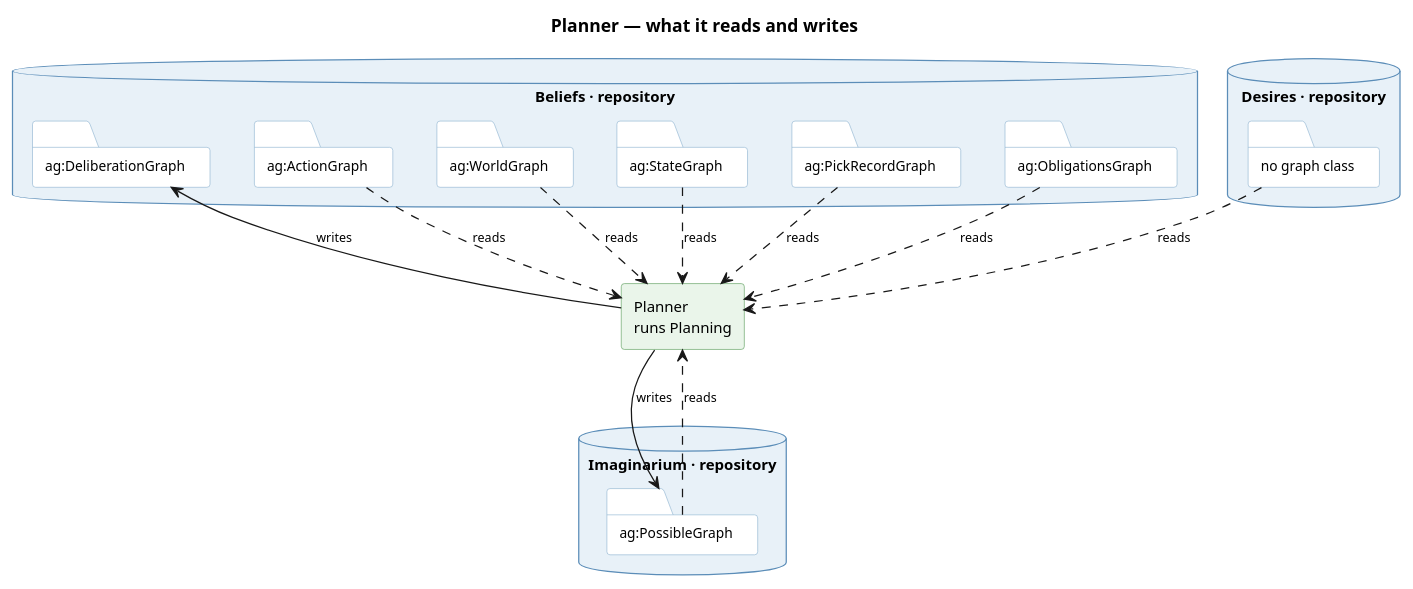
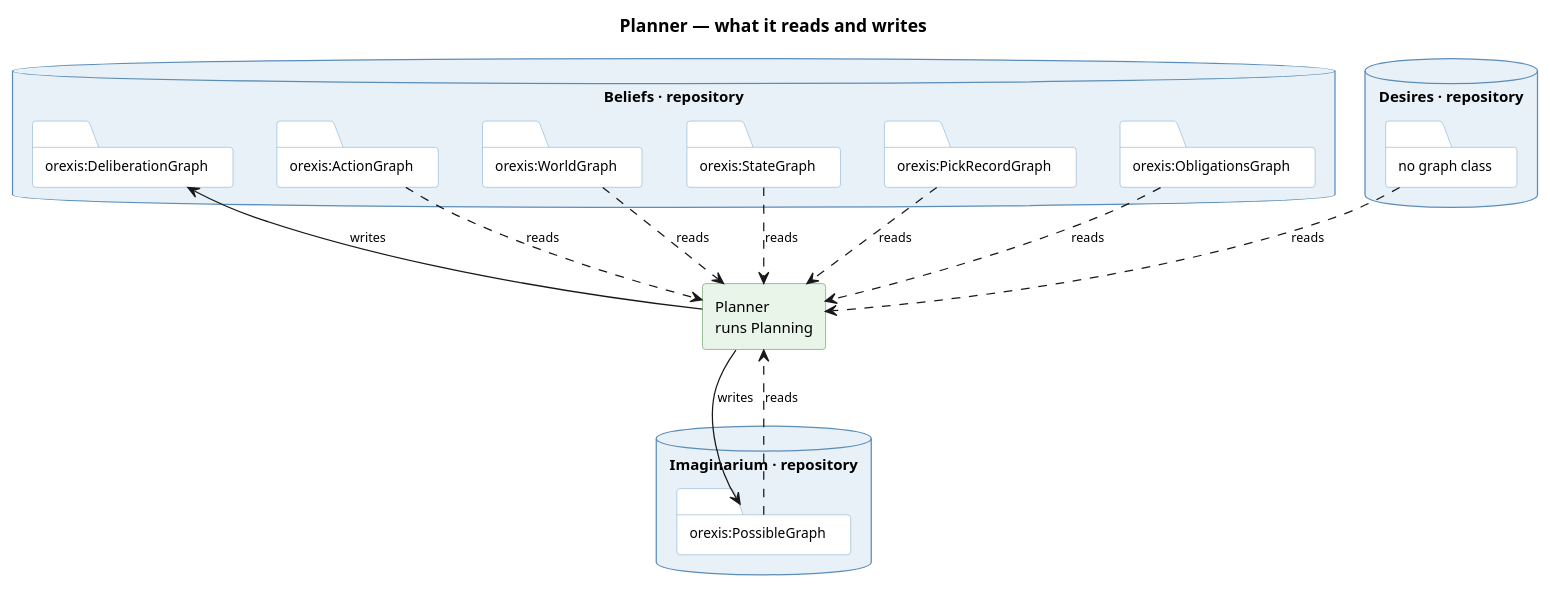
One commit to ShishkinDmitriy/orexis changed the diagram in knowledge/diagrams/service-planner.puml. Above: the diagram before and after it, drawn with PlantUML. The commit also changed 296 other files, not shown here.

```diff
--- a/knowledge/diagrams/service-planner.puml
+++ b/knowledge/diagrams/service-planner.puml
@@ -1,54 +1,54 @@
 @startuml service-planner
 title Planner — what it reads and writes
 
 skinparam componentStyle rectangle
 skinparam shadowing false
 skinparam defaultFontSize 12
 skinparam titleFontSize 14
 skinparam ArrowFontSize 10
 skinparam database {
   BackgroundColor #E8F1F8
   BorderColor #5B8DB8
 }
 skinparam folder {
   BackgroundColor #FFFFFF
   BorderColor #8FB4D0
   FontSize 11
 }
 skinparam component {
   BackgroundColor #EAF5EA
   BorderColor #5E9E5E
 }
 
 
 database "Beliefs · repository" as BEL {
-  folder "ag:ActionGraph" as A
-  folder "ag:WorldGraph" as W
-  folder "ag:StateGraph" as S
-  folder "ag:PickRecordGraph" as P
-  folder "ag:ObligationsGraph" as O
-  folder "ag:DeliberationGraph" as D
+  folder "orexis:ActionGraph" as A
+  folder "orexis:WorldGraph" as W
+  folder "orexis:StateGraph" as S
+  folder "orexis:PickRecordGraph" as P
+  folder "orexis:ObligationsGraph" as O
+  folder "orexis:DeliberationGraph" as D
 }
 
 database "Desires · repository" as DES {
   folder "no graph class" as X
 }
 
 database "Imaginarium · repository" as IMG {
-  folder "ag:PossibleGraph" as V
+  folder "orexis:PossibleGraph" as V
 }
 
 component "Planner\nruns Planning" as PL
 
 
 A ..> PL : reads
 W ..> PL : reads
 S ..> PL : reads
 P ..> PL : reads
 O ..> PL : reads
 X ..> PL : reads
 V ..> PL : reads
 PL --> V : writes
 PL --> D : writes
 
 @enduml
```
